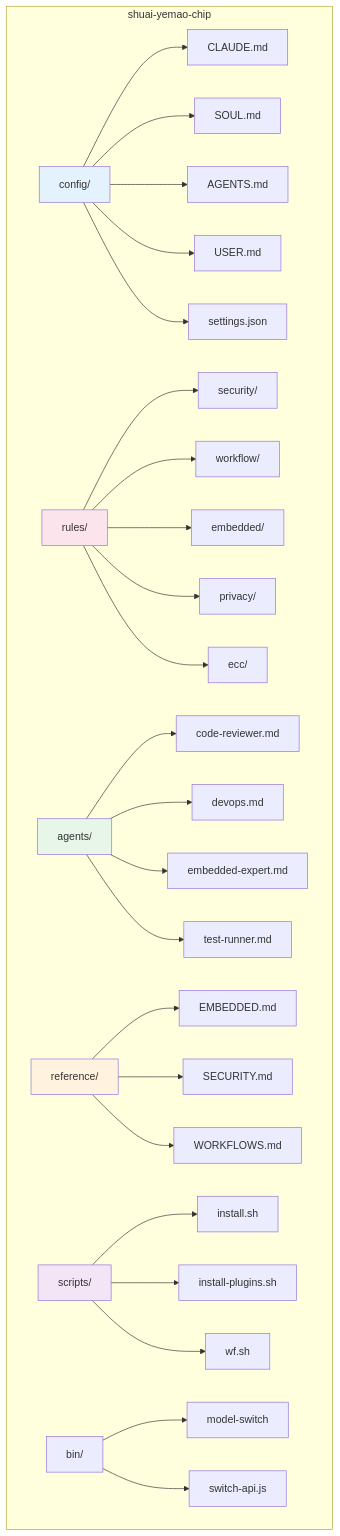
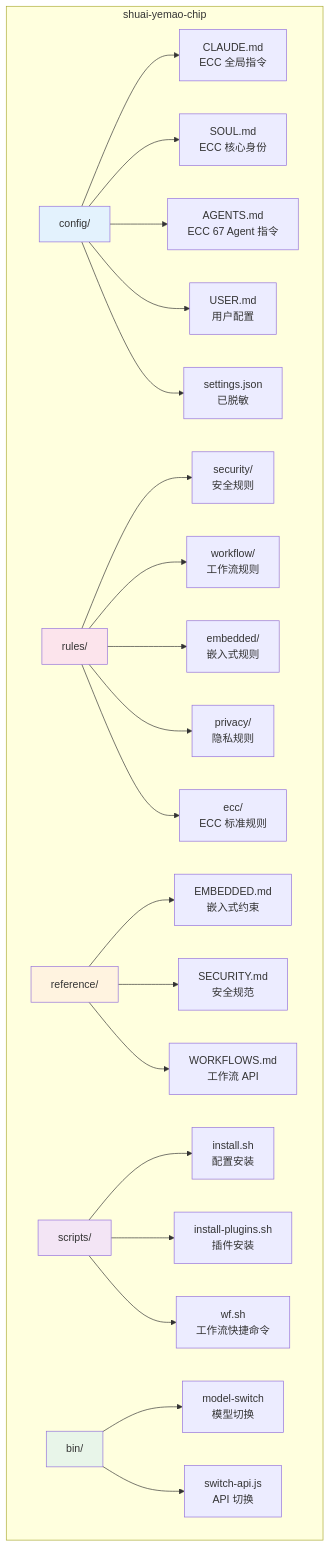
Before and after one commit to shuai-yemao/shuai-yemao-chip: the fourth of 7 diagrams in README.md, drawn with Mermaid. The commit also changed other lines of this file, not shown here.

First line of the commit message:
docs: 更新 README.md，同步 ECC 配置内容

````diff
--- a/README.md
+++ b/README.md
@@ -120,38 +121,33 @@
 ```mermaid
 graph TB
     subgraph "shuai-yemao-chip"
-        A[config/] --> A1[CLAUDE.md]
-        A --> A2[SOUL.md]
-        A --> A3[AGENTS.md]
-        A --> A4[USER.md]
-        A --> A5[settings.json]
+        A[config/] --> A1[CLAUDE.md<br/>ECC 全局指令]
+        A --> A2[SOUL.md<br/>ECC 核心身份]
+        A --> A3[AGENTS.md<br/>ECC 67 Agent 指令]
+        A --> A4[USER.md<br/>用户配置]
+        A --> A5[settings.json<br/>已脱敏]
 
-        B[rules/] --> B1[security/]
-        B --> B2[workflow/]
-        B --> B3[embedded/]
-        B --> B4[privacy/]
-        B --> B5[ecc/]
+        B[rules/] --> B1[security/<br/>安全规则]
+        B --> B2[workflow/<br/>工作流规则]
+        B --> B3[embedded/<br/>嵌入式规则]
+        B --> B4[privacy/<br/>隐私规则]
+        B --> B5[ecc/<br/>ECC 标准规则]
 
-        C[agents/] --> C1[code-reviewer.md]
-        C --> C2[devops.md]
-        C --> C3[embedded-expert.md]
-        C --> C4[test-runner.md]
+        C[reference/] --> C1[EMBEDDED.md<br/>嵌入式约束]
+        C --> C2[SECURITY.md<br/>安全规范]
+        C --> C3[WORKFLOWS.md<br/>工作流 API]
 
-        D[reference/] --> D1[EMBEDDED.md]
-        D --> D2[SECURITY.md]
-        D --> D3[WORKFLOWS.md]
+        D[scripts/] --> D1[install.sh<br/>配置安装]
+        D --> D2[install-plugins.sh<br/>插件安装]
+        D --> D3[wf.sh<br/>工作流快捷命令]
 
-        E[scripts/] --> E1[install.sh]
-        E --> E2[install-plugins.sh]
-        E --> E3[wf.sh]
-
-        F[bin/] --> F1[model-switch]
-        F --> F2[switch-api.js]
+        E[bin/] --> E1[model-switch<br/>模型切换]
+        E --> E2[switch-api.js<br/>API 切换]
     end
 
     style A fill:#e3f2fd
     style B fill:#fce4ec
-    style C fill:#e8f5e9
-    style D fill:#fff3e0
-    style E fill:#f3e5f5
+    style C fill:#fff3e0
+    style D fill:#f3e5f5
+    style E fill:#e8f5e9
 ```
````
